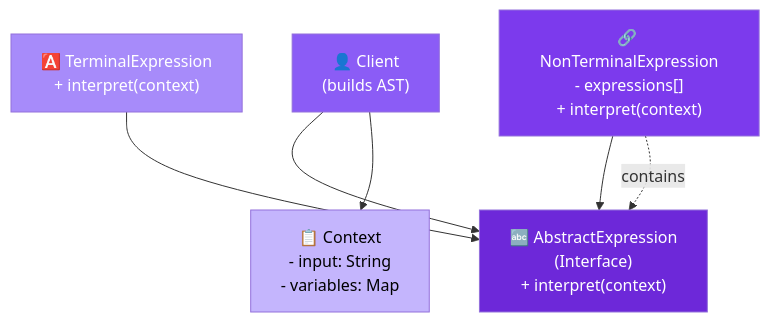
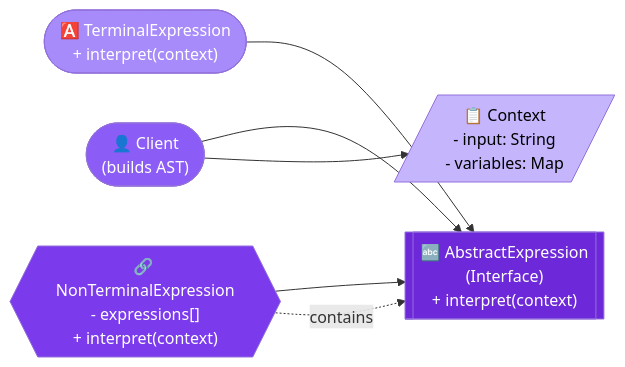
One commit to saivamsikaruturi/vamsilabs-dev-notes-main changed the second of 3 diagrams in docs/designpatterns/behaviouralDesignPatterns/Interpreter.md. Above: the diagram before and after it, drawn with Mermaid. The commit also changed other lines of this file and 146 other files, not shown here.

Commit message:
Horizontal diagrams, UML class diagrams, typography overhaul, and permalink cleanup

````diff
--- a/docs/designpatterns/behaviouralDesignPatterns/Interpreter.md
+++ b/docs/designpatterns/behaviouralDesignPatterns/Interpreter.md
@@ -29,20 +29,20 @@
 ```mermaid
-flowchart TD
-    Context["📋 Context\n- input: String\n- variables: Map"]
-    AbstractExpression["🔤 AbstractExpression\n(Interface)\n+ interpret(context)"]
-    TerminalExpression["🅰️ TerminalExpression\n+ interpret(context)"]
-    NonTerminalExpression["🔗 NonTerminalExpression\n- expressions[]\n+ interpret(context)"]
-    Client["👤 Client\n(builds AST)"]
+flowchart LR
+    Context[/"📋 Context\n- input: String\n- variables: Map"/]
+    AbstractExpression[["🔤 AbstractExpression\n(Interface)\n+ interpret(context)"]]
+    TerminalExpression(["🅰️ TerminalExpression\n+ interpret(context)"])
+    NonTerminalExpression{{"🔗 NonTerminalExpression\n- expressions[]\n+ interpret(context)"}}
+    Client(["👤 Client\n(builds AST)"])
 
     Client --> AbstractExpression
     Client --> Context
     TerminalExpression --> AbstractExpression
     NonTerminalExpression --> AbstractExpression
     NonTerminalExpression -.->|"contains"| AbstractExpression
 
     style Context fill:#c4b5fd,color:#000
     style AbstractExpression fill:#6d28d9,color:#fff
     style TerminalExpression fill:#a78bfa,color:#fff
     style NonTerminalExpression fill:#7c3aed,color:#fff
     style Client fill:#8b5cf6,color:#fff
 ```
````
